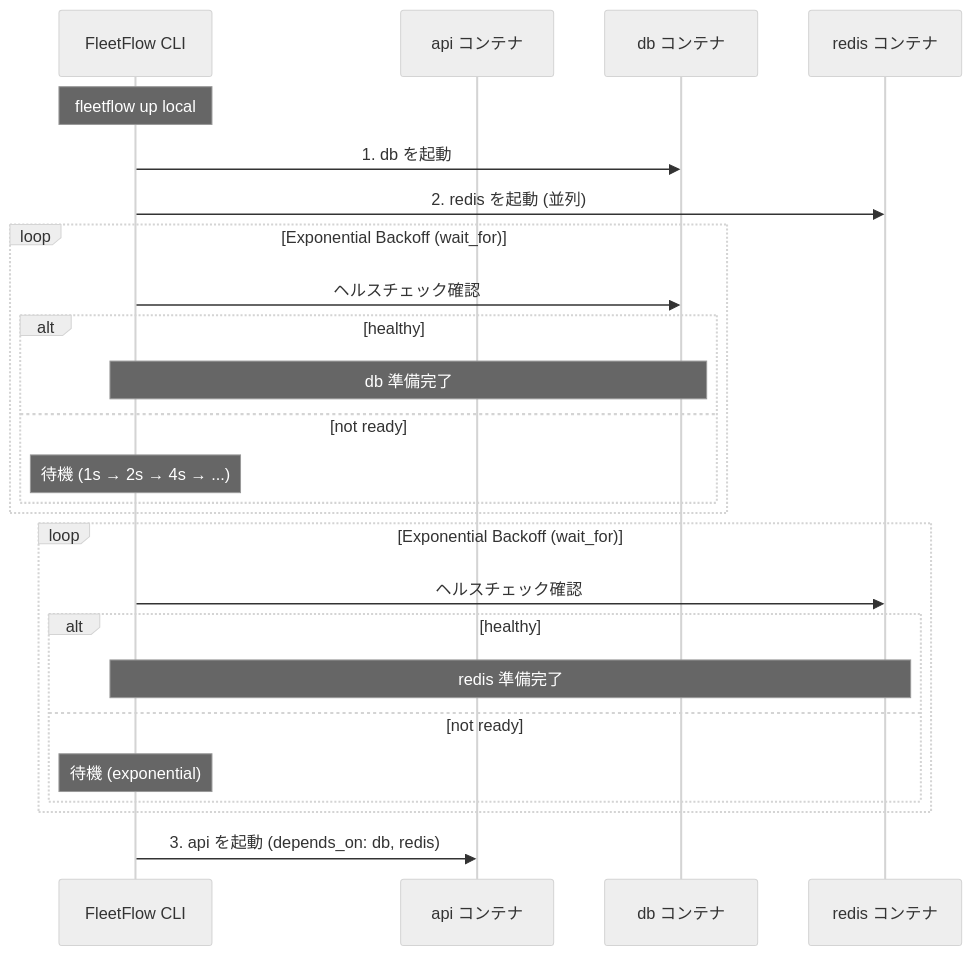
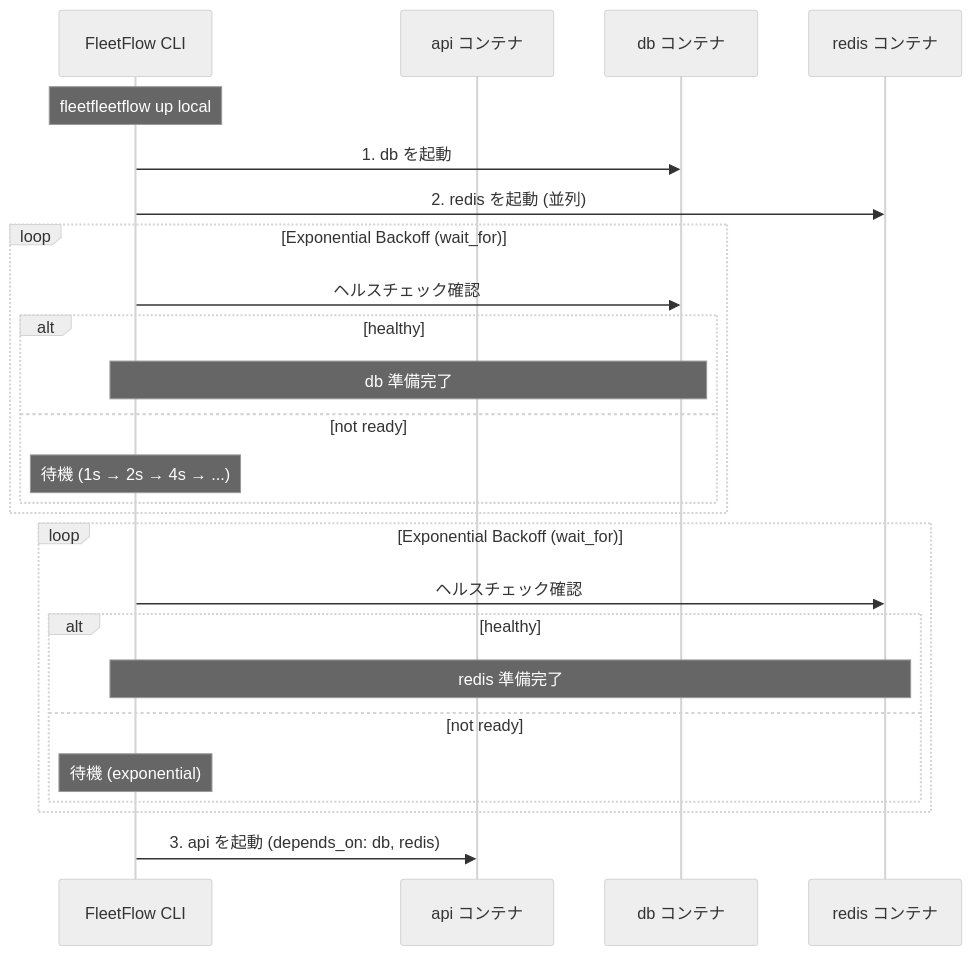
One commit to chronista-club/fleetflow changed the fifth of 10 diagrams in guides/04-kdl-structure-visual.md. Above: the diagram before and after it, drawn with Mermaid (neutral theme). The commit also changed 23 other files, not shown here.

````diff
--- a/guides/04-kdl-structure-visual.md
+++ b/guides/04-kdl-structure-visual.md
@@ -167,32 +167,32 @@
 ```mermaid
 sequenceDiagram
     participant CLI as FleetFlow CLI
     participant API as api コンテナ
     participant DB as db コンテナ
     participant REDIS as redis コンテナ
 
-    Note over CLI: fleetflow up local
+    Note over CLI: fleetfleetflow up local
 
     CLI->>DB: 1. db を起動
     CLI->>REDIS: 2. redis を起動 (並列)
 
     loop Exponential Backoff (wait_for)
         CLI->>DB: ヘルスチェック確認
         alt healthy
             Note over CLI,DB: db 準備完了
         else not ready
             Note over CLI: 待機 (1s → 2s → 4s → ...)
         end
     end
 
     loop Exponential Backoff (wait_for)
         CLI->>REDIS: ヘルスチェック確認
         alt healthy
             Note over CLI,REDIS: redis 準備完了
         else not ready
             Note over CLI: 待機 (exponential)
         end
     end
 
     CLI->>API: 3. api を起動 (depends_on: db, redis)
 ```
````
